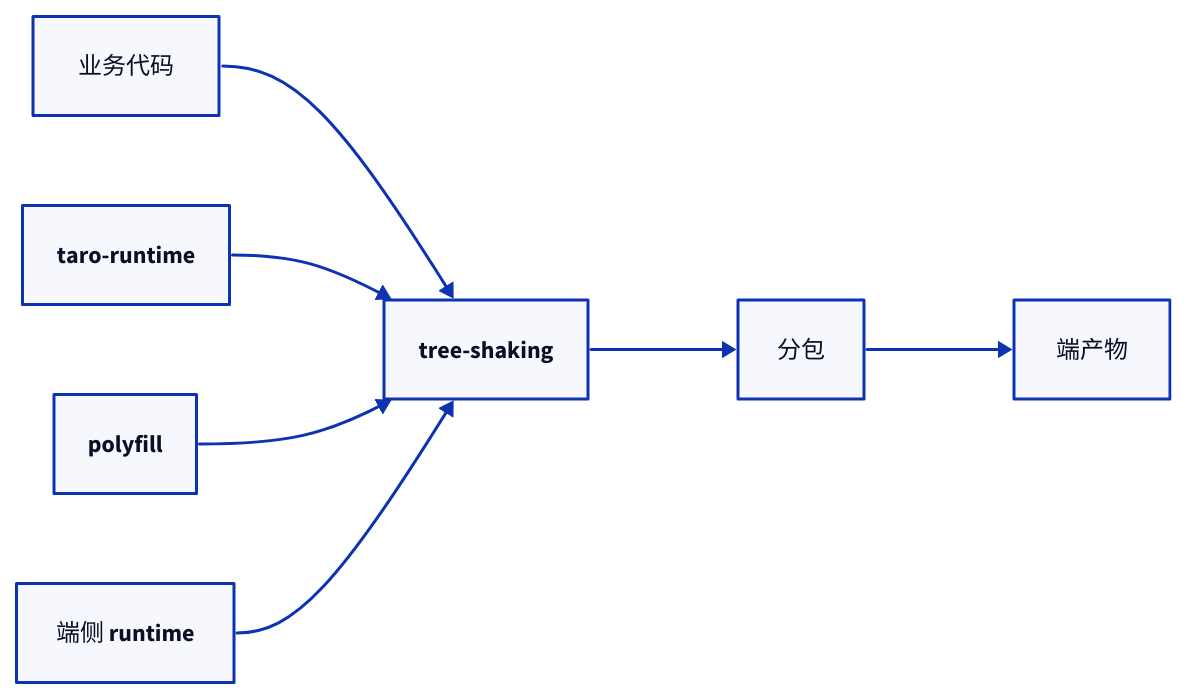
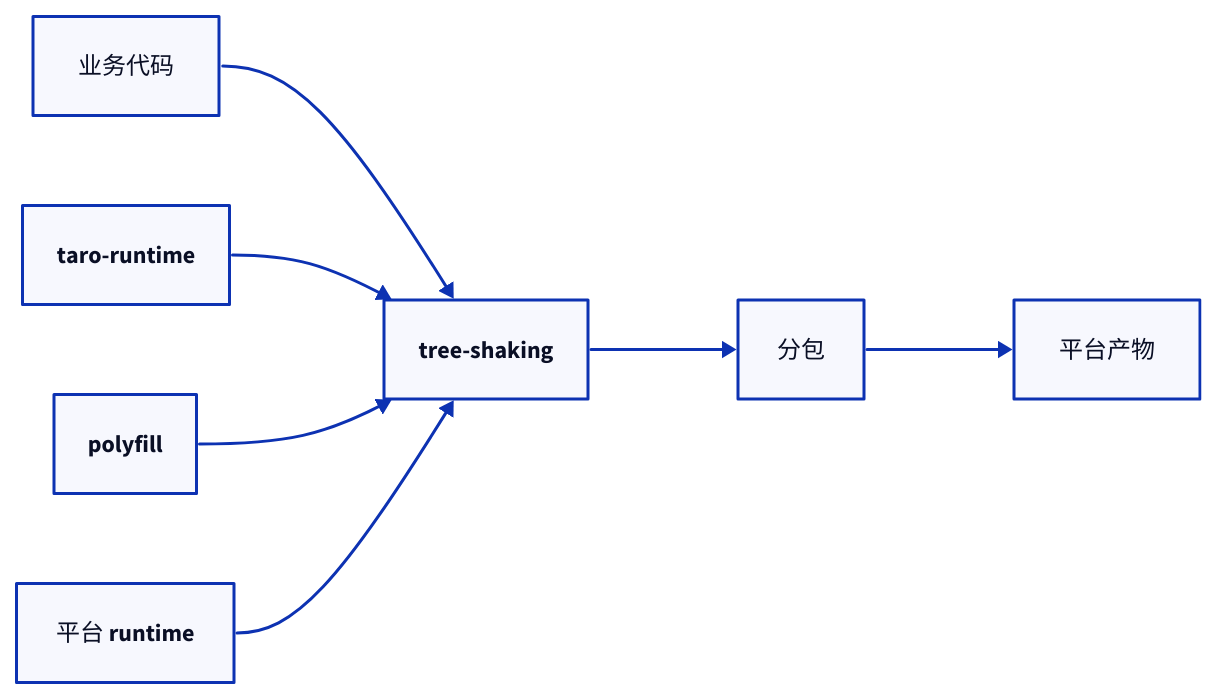
Diagram 12 of 16 in apps/docs/experiences/微信小程序/Taro 原理与实践.md (youngluo/thinking), drawn with D2 before and after one commit. The commit also changed other lines of this file and 1 other file, not shown here.

````diff
--- a/apps/docs/experiences/微信小程序/Taro 原理与实践.md
+++ b/apps/docs/experiences/微信小程序/Taro 原理与实践.md
@@ -611,18 +500,18 @@
 ```d2
 direction: right
 
 src: 业务代码
 runtime: taro-runtime
 polyfill: polyfill
-adapter: 端侧 runtime
+adapter: 平台 runtime
 tree: tree-shaking
 sub: 分包
 
 src -> tree
 runtime -> tree
 polyfill -> tree
 adapter -> tree
 tree -> sub
 sub -> output
-output: 端产物
+output: 平台产物
 ```
````
